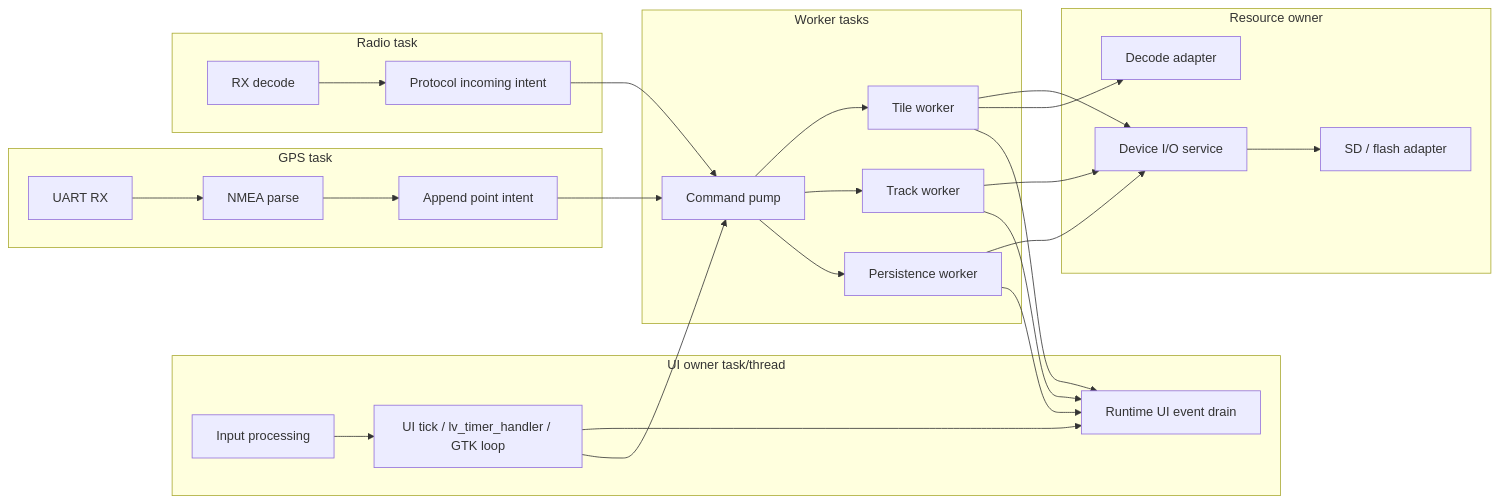
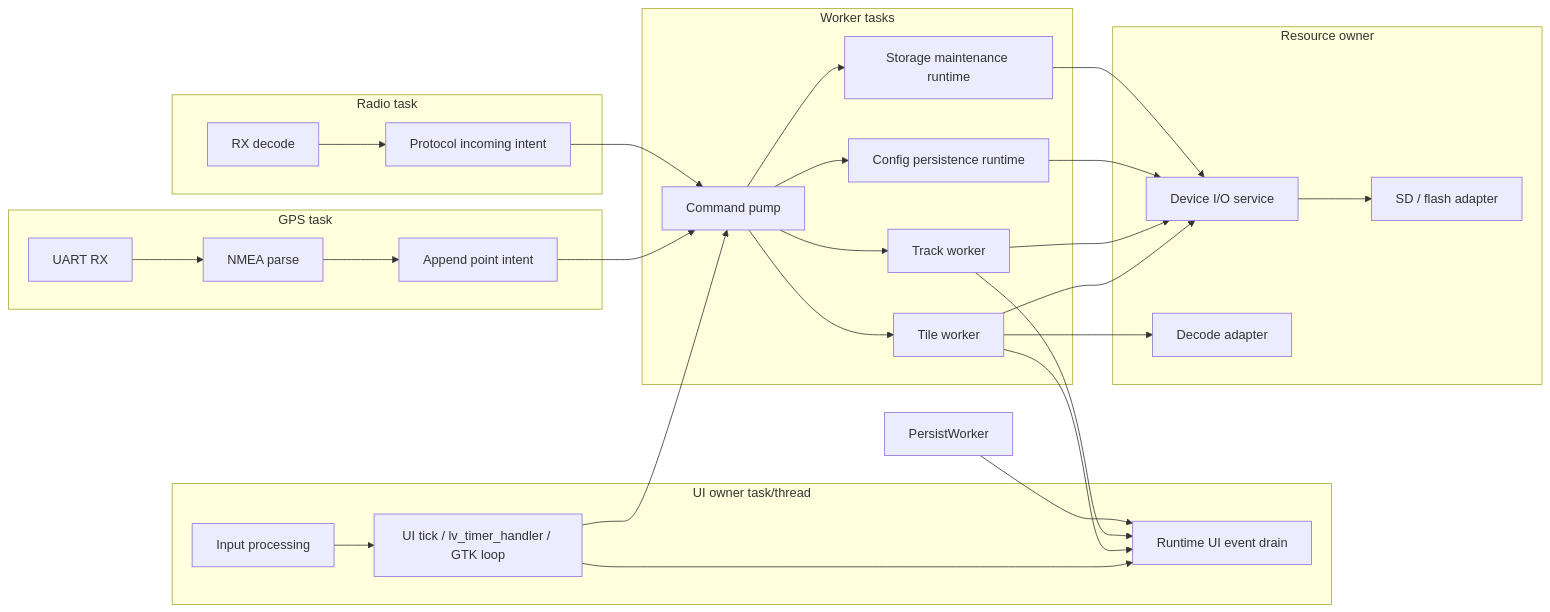
Before and after one commit to manmuqingshan/trail-mate: the fifth of 23 diagrams in docs/specification/UI_STORAGE_EVENT_RUNTIME_DESIGN_SPEC.md, drawn with Mermaid. The commit also changed other lines of this file and 77 other files, not shown here.

Commit message:
refactor: consolidate storage maintenance ownership

````diff
--- a/docs/specification/UI_STORAGE_EVENT_RUNTIME_DESIGN_SPEC.md
+++ b/docs/specification/UI_STORAGE_EVENT_RUNTIME_DESIGN_SPEC.md
@@ -508,52 +529,55 @@
 ```mermaid
 flowchart LR
   subgraph UiTask["UI owner task/thread"]
     Input["Input processing"]
     UiTick["UI tick / lv_timer_handler / GTK loop"]
     UiDrain["Runtime UI event drain"]
   end
 
   subgraph GpsTask["GPS task"]
     UartRx["UART RX"]
     Parse["NMEA parse"]
     PointIntent["Append point intent"]
   end
 
   subgraph RadioTask["Radio task"]
     RadioRx["RX decode"]
     ProtocolIntent["Protocol incoming intent"]
   end
 
   subgraph WorkerTasks["Worker tasks"]
     CommandPump["Command pump"]
     TileWorker["Tile worker"]
     TrackWorker["Track worker"]
-    PersistWorker["Persistence worker"]
+    ConfigPersist["Config persistence runtime"]
+    Maintenance["Storage maintenance runtime"]
   end
 
   subgraph ResourceOwner["Resource owner"]
     DeviceIo["Device I/O service"]
     Storage["SD / flash adapter"]
     Decode["Decode adapter"]
   end
 
   Input --> UiTick
   UiTick --> UiDrain
   UiTick --> CommandPump
   UartRx --> Parse
   Parse --> PointIntent
   PointIntent --> CommandPump
   RadioRx --> ProtocolIntent
   ProtocolIntent --> CommandPump
   CommandPump --> TileWorker
   CommandPump --> TrackWorker
-  CommandPump --> PersistWorker
+  CommandPump --> ConfigPersist
+  CommandPump --> Maintenance
   TileWorker --> DeviceIo
   TrackWorker --> DeviceIo
-  PersistWorker --> DeviceIo
+  ConfigPersist --> DeviceIo
+  Maintenance --> DeviceIo
   DeviceIo --> Storage
   TileWorker --> Decode
   TileWorker --> UiDrain
   TrackWorker --> UiDrain
   PersistWorker --> UiDrain
 ```
````
